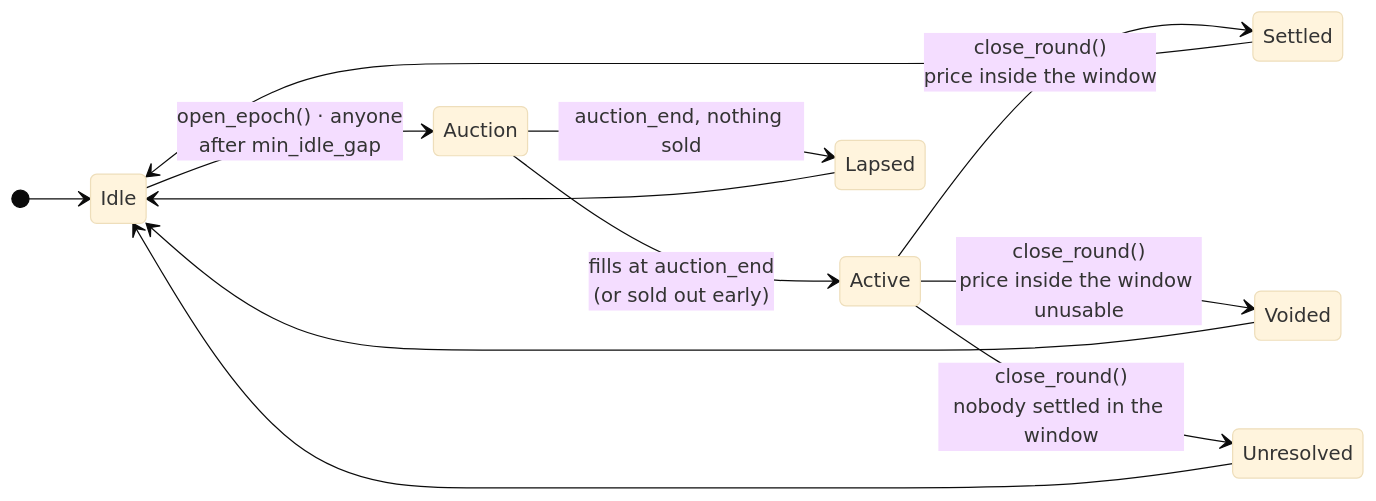
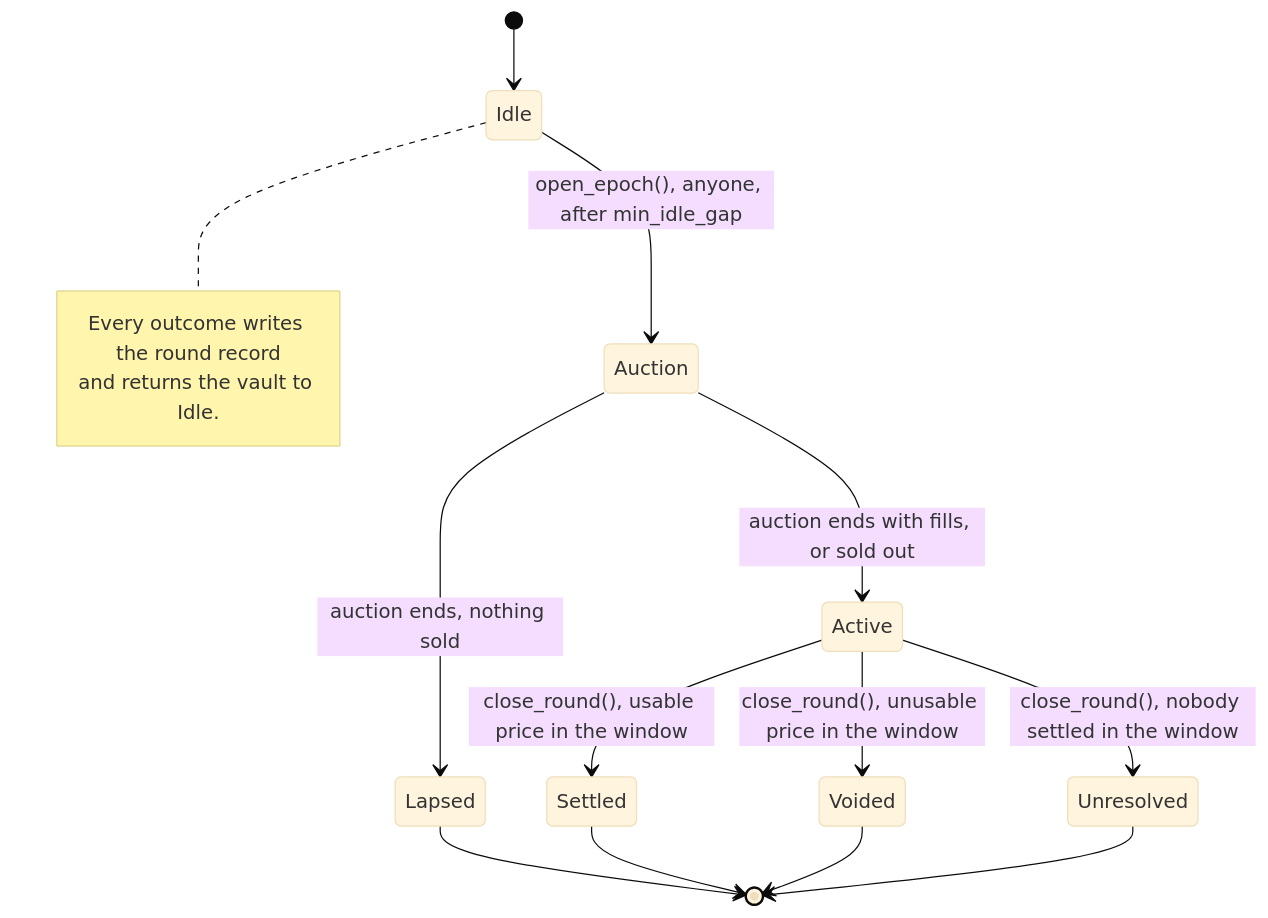
Before and after one commit to tamerrarda/rigel: the first of 3 diagrams in README.md, drawn with Mermaid (base theme). The commit also changed other lines of this file, not shown here.

Commit message:
docs: GitHub-safe diagrams, Intents sequence diagram and corrected test and gas claims

````diff
--- a/README.md
+++ b/README.md
@@ -40,15 +40,18 @@
 ```mermaid
 stateDiagram-v2
-    direction LR
     [*] --> Idle
-    Idle --> Auction: open_epoch() · anyone<br/>after min_idle_gap
-    Auction --> Active: fills at auction_end<br/>(or sold out early)
-    Auction --> Lapsed: auction_end, nothing sold
-    Active --> Settled: close_round()<br/>price inside the window
-    Active --> Voided: close_round()<br/>price inside the window unusable
-    Active --> Unresolved: close_round()<br/>nobody settled in the window
-    Settled --> Idle
-    Lapsed --> Idle
-    Voided --> Idle
-    Unresolved --> Idle
+    Idle --> Auction: open_epoch(), anyone, after min_idle_gap
+    Auction --> Lapsed: auction ends, nothing sold
+    Auction --> Active: auction ends with fills, or sold out
+    Active --> Settled: close_round(), usable price in the window
+    Active --> Voided: close_round(), unusable price in the window
+    Active --> Unresolved: close_round(), nobody settled in the window
+    Lapsed --> [*]
+    Settled --> [*]
+    Voided --> [*]
+    Unresolved --> [*]
+    note right of Idle
+        Every outcome writes the round record
+        and returns the vault to Idle.
+    end note
 ```
````
